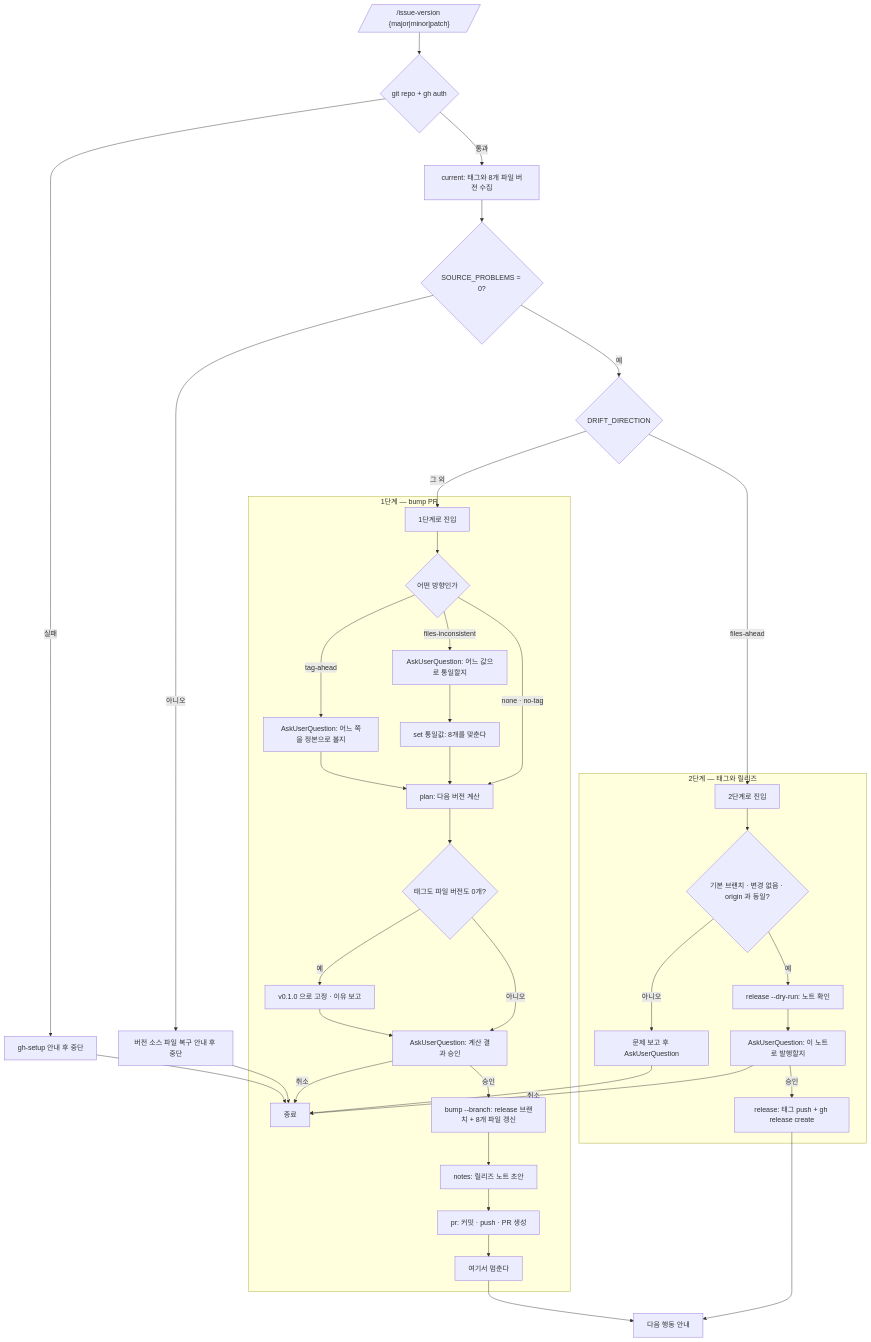
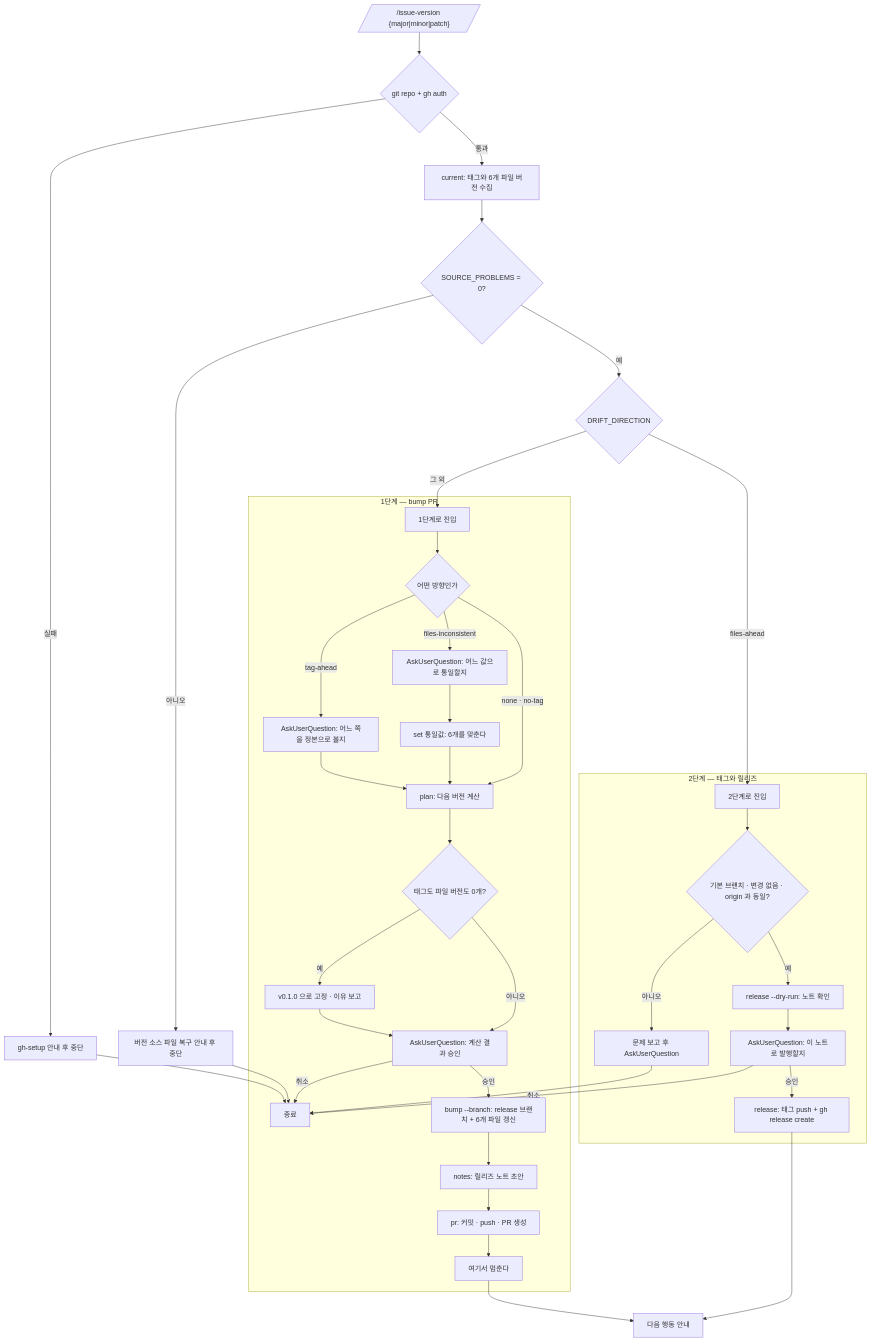
The diagram in skills/issue-version/SKILL.md (Mineru98/samsara), drawn with Mermaid before and after one commit. The commit also changed other lines of this file and 10 other files, not shown here.

````diff
--- a/skills/issue-version/SKILL.md
+++ b/skills/issue-version/SKILL.md
@@ -57,40 +57,40 @@
 ```mermaid
 flowchart TD
     A[/"/issue-version {major|minor|patch}"/] --> B{git repo + gh auth}
     B -- 실패 --> B1[gh-setup 안내 후 중단] --> Z[종료]
-    B -- 통과 --> C[current: 태그와 8개 파일 버전 수집]
+    B -- 통과 --> C[current: 태그와 6개 파일 버전 수집]
 
     C --> C1{SOURCE_PROBLEMS = 0?}
     C1 -- 아니오 --> C2[버전 소스 파일 복구 안내 후 중단] --> Z
     C1 -- 예 --> D{DRIFT_DIRECTION}
     D -->|files-ahead| S2[2단계로 진입]
     D -->|그 외| S1[1단계로 진입]
 
     subgraph ONE["1단계 — bump PR"]
       S1 --> E{어떤 방향인가}
       E -->|tag-ahead| E1[AskUserQuestion: 어느 쪽을 정본으로 볼지] --> F
       E -->|files-inconsistent| E2[AskUserQuestion: 어느 값으로 통일할지]
-      E2 --> E3[set 통일값: 8개를 맞춘다] --> F
+      E2 --> E3[set 통일값: 6개를 맞춘다] --> F
       E -->|none · no-tag| F[plan: 다음 버전 계산]
       F --> F1{태그도 파일 버전도 0개?}
       F1 -- 예 --> F2[v0.1.0 으로 고정 · 이유 보고] --> G
       F1 -- 아니오 --> G[AskUserQuestion: 계산 결과 승인]
       G -- 취소 --> Z
-      G -- 승인 --> H[bump --branch: release 브랜치 + 8개 파일 갱신]
+      G -- 승인 --> H[bump --branch: release 브랜치 + 6개 파일 갱신]
       H --> I[notes: 릴리즈 노트 초안]
       I --> J[pr: 커밋 · push · PR 생성]
       J --> K[여기서 멈춘다]
     end
 
     subgraph TWO["2단계 — 태그와 릴리즈"]
       S2 --> L{기본 브랜치 · 변경 없음 · origin 과 동일?}
       L -- 아니오 --> L1[문제 보고 후 AskUserQuestion] --> Z
       L -- 예 --> M[release --dry-run: 노트 확인]
       M --> N[AskUserQuestion: 이 노트로 발행할지]
       N -- 취소 --> Z
       N -- 승인 --> O[release: 태그 push + gh release create]
     end
 
     K --> P[다음 행동 안내]
     O --> P
 ```
````
